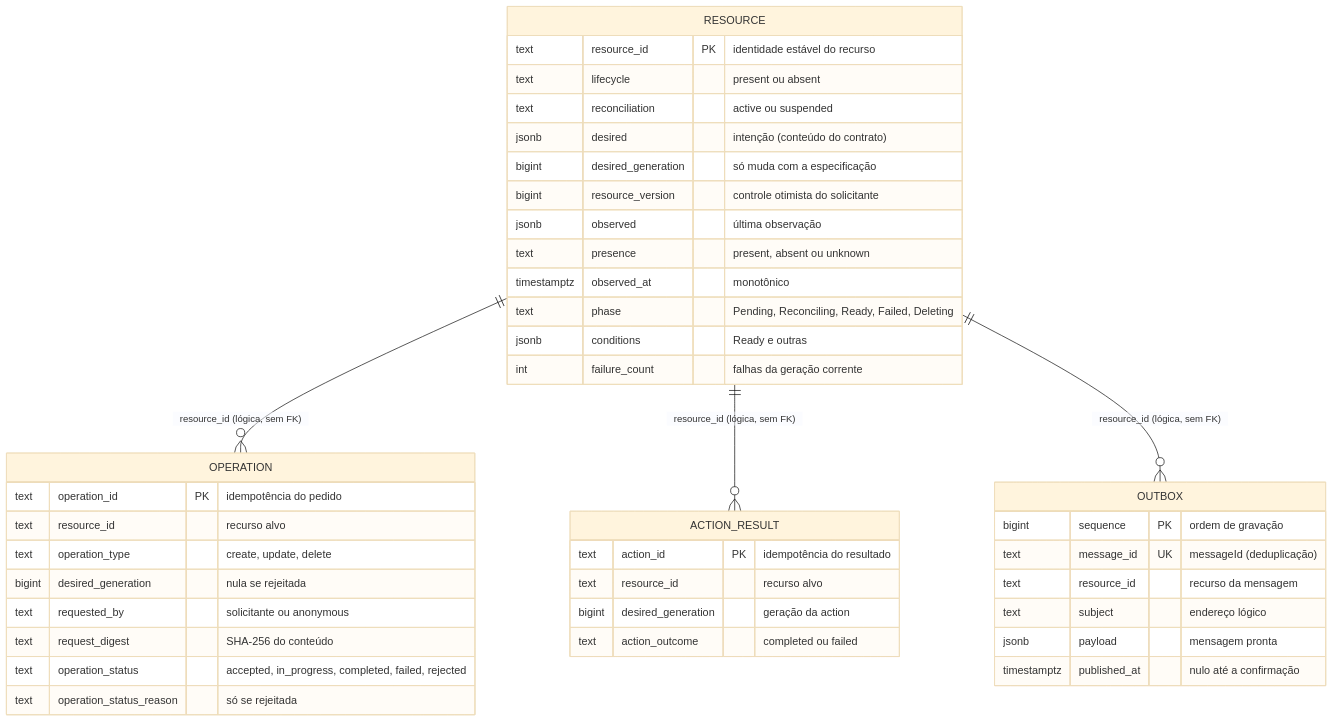
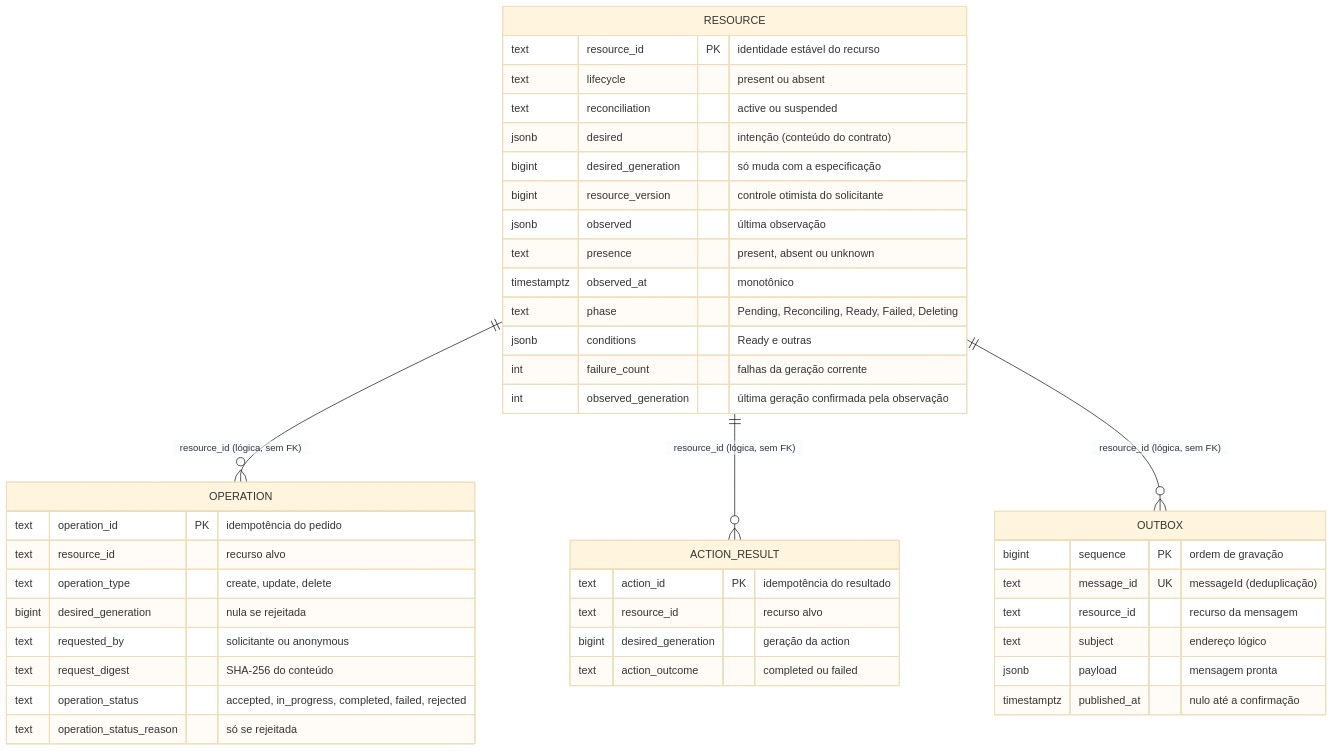
Before and after one commit to danielsabatini/smarkee: the diagram in docs/diagrams/ssot-er-logico.mmd, drawn with Mermaid (base theme). The commit also changed 154 other files, not shown here.

```diff
--- a/docs/diagrams/ssot-er-logico.mmd
+++ b/docs/diagrams/ssot-er-logico.mmd
@@ -1,43 +1,44 @@
 erDiagram
     RESOURCE ||--o{ OPERATION : "resource_id (lógica, sem FK)"
     RESOURCE ||--o{ ACTION_RESULT : "resource_id (lógica, sem FK)"
     RESOURCE ||--o{ OUTBOX : "resource_id (lógica, sem FK)"
 
     RESOURCE {
         text resource_id PK "identidade estável do recurso"
         text lifecycle "present ou absent"
         text reconciliation "active ou suspended"
         jsonb desired "intenção (conteúdo do contrato)"
         bigint desired_generation "só muda com a especificação"
         bigint resource_version "controle otimista do solicitante"
         jsonb observed "última observação"
         text presence "present, absent ou unknown"
         timestamptz observed_at "monotônico"
         text phase "Pending, Reconciling, Ready, Failed, Deleting"
         jsonb conditions "Ready e outras"
         int failure_count "falhas da geração corrente"
+        int observed_generation "última geração confirmada pela observação"
     }
     OPERATION {
         text operation_id PK "idempotência do pedido"
         text resource_id "recurso alvo"
         text operation_type "create, update, delete"
         bigint desired_generation "nula se rejeitada"
         text requested_by "solicitante ou anonymous"
         text request_digest "SHA-256 do conteúdo"
         text operation_status "accepted, in_progress, completed, failed, rejected"
         text operation_status_reason "só se rejeitada"
     }
     ACTION_RESULT {
         text action_id PK "idempotência do resultado"
         text resource_id "recurso alvo"
         bigint desired_generation "geração da action"
         text action_outcome "completed ou failed"
     }
     OUTBOX {
         bigint sequence PK "ordem de gravação"
         text message_id UK "messageId (deduplicação)"
         text resource_id "recurso da mensagem"
         text subject "endereço lógico"
         jsonb payload "mensagem pronta"
         timestamptz published_at "nulo até a confirmação"
     }
```
